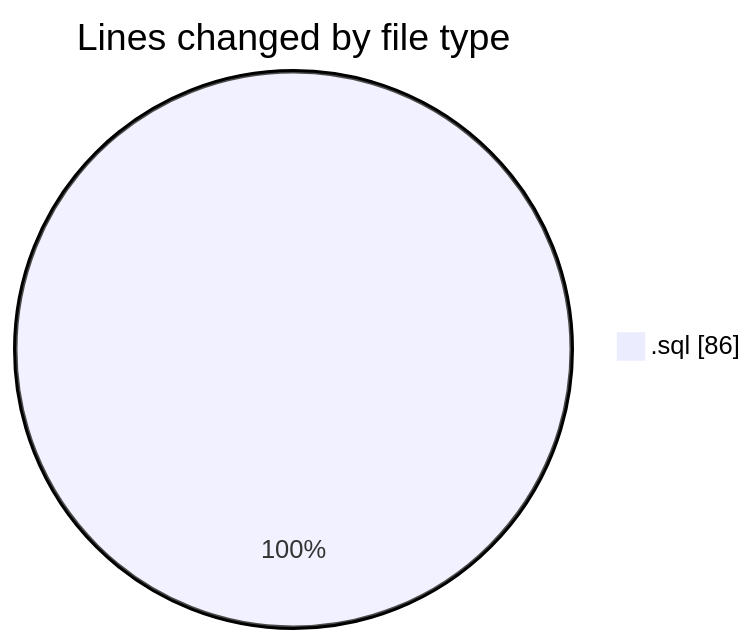
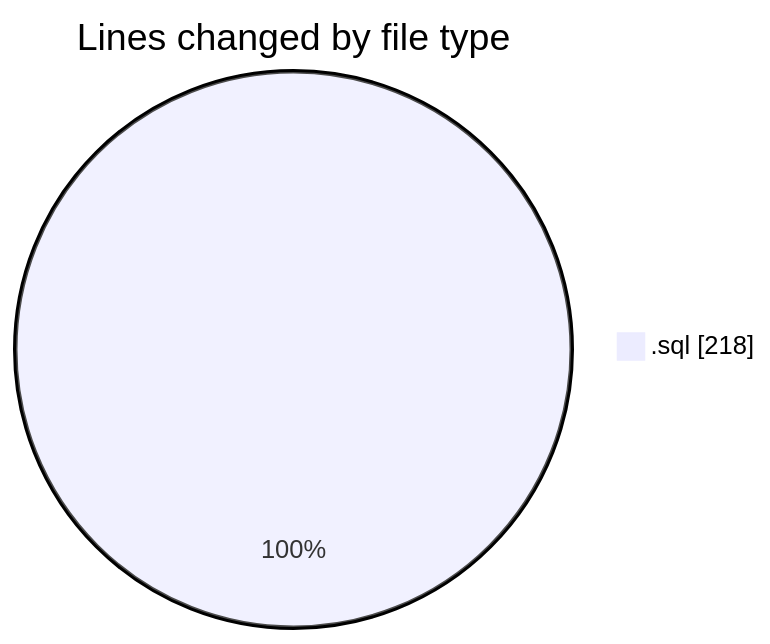
One commit to NitaiMahat/code-tracking changed the first of 2 diagrams in 2025-11-07/downloads/README.md. Above: the diagram before and after it, drawn with Mermaid. The commit also changed other lines of this file and 1 other file, not shown here.

````diff
--- a/2025-11-07/downloads/README.md
+++ b/2025-11-07/downloads/README.md
@@ -20,5 +21,5 @@
 ```mermaid
 pie showData
 title Lines changed by file type
-".sql" : 86
+".sql" : 218
 ```
````
